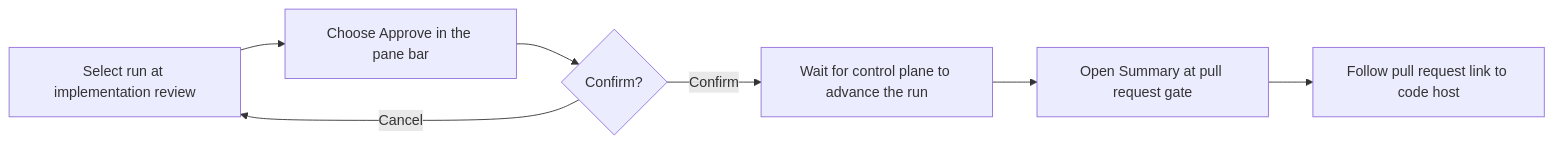
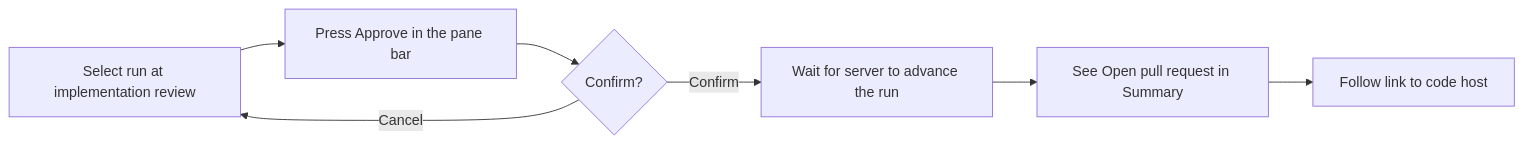
The first of 4 diagrams in context-human/specs/feature-approve-implementation-and-finish-at-the-pull-request.md (markdstafford/autocatalyst), drawn with Mermaid before and after one commit. The commit also changed other lines of this file, not shown here.

Commit message:
docs: revise feature spec approve-implementation-and-finish-at-the-pull-request

````diff
--- a/context-human/specs/feature-approve-implementation-and-finish-at-the-pull-request.md
+++ b/context-human/specs/feature-approve-implementation-and-finish-at-the-pull-request.md
@@ -69,9 +70,9 @@
 ```mermaid
 flowchart LR
-  A[Select run at implementation review] --> B[Choose Approve in the pane bar]
+  A[Select run at implementation review] --> B[Press Approve in the pane bar]
   B --> C{Confirm?}
   C -->|Cancel| A
-  C -->|Confirm| D[Wait for control plane to advance the run]
-  D --> E[Open Summary at pull request gate]
-  E --> F[Follow pull request link to code host]
+  C -->|Confirm| D[Wait for server to advance the run]
+  D --> E[See Open pull request in Summary]
+  E --> F[Follow link to code host]
 ```
````
